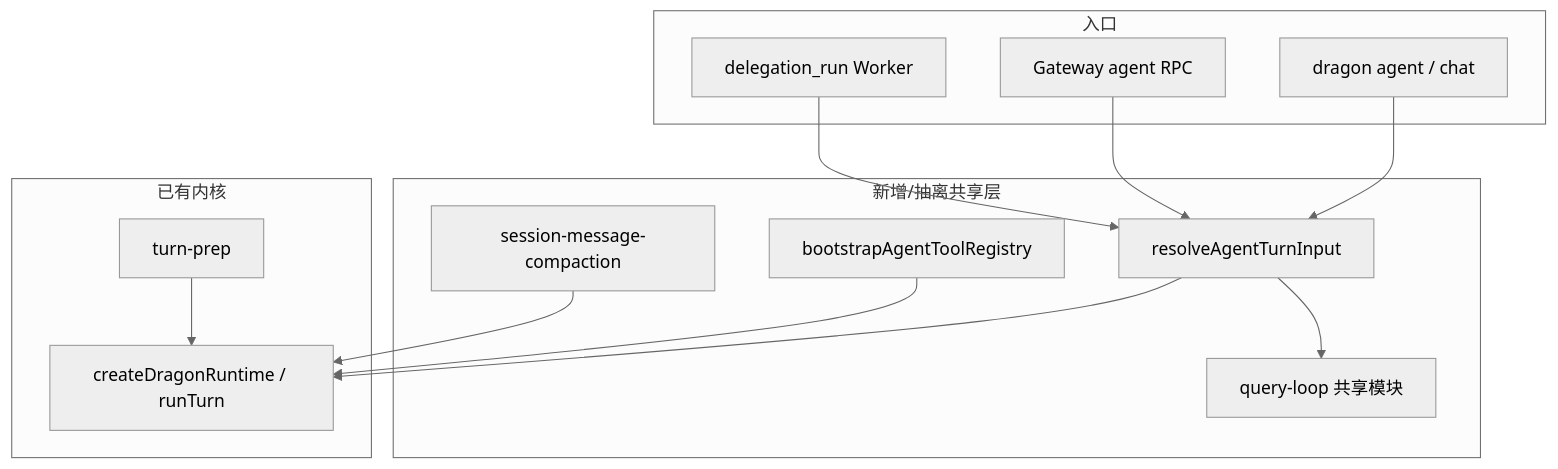
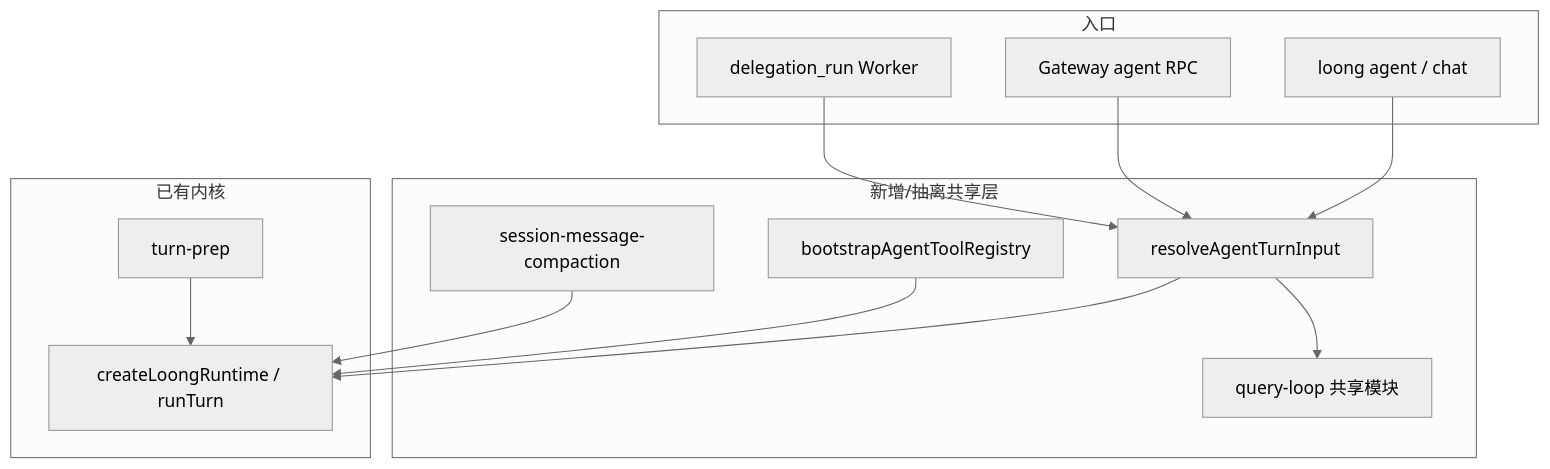
One commit to ZhiLiaoTech/Loong-Agent changed the diagram in docs/GAP_CLOSURE_PLAN.md. Above: the diagram before and after it, drawn with Mermaid (neutral theme). The commit also changed other lines of this file and 722 other files, not shown here.

First line of the commit message:
feat(loong): Studio chat scope, activity panel, and directory picker

````diff
--- a/docs/GAP_CLOSURE_PLAN.md
+++ b/docs/GAP_CLOSURE_PLAN.md
@@ -21,29 +21,29 @@
 ```mermaid
 flowchart TB
   subgraph surfaces [入口]
-    CLI[dragon agent / chat]
+    CLI[loong agent / chat]
     GW[Gateway agent RPC]
     DEL[delegation_run Worker]
   end
 
   subgraph shared [新增/抽离共享层]
     RES[resolveAgentTurnInput]
     QL[query-loop 共享模块]
     BOOT[bootstrapAgentToolRegistry]
     CTX[session-message-compaction]
   end
 
   subgraph core [已有内核]
-    RT[createDragonRuntime / runTurn]
+    RT[createLoongRuntime / runTurn]
     TP[turn-prep]
   end
 
   CLI --> RES
   GW --> RES
   DEL --> RES
   RES --> QL
   RES --> RT
   BOOT --> RT
   CTX --> RT
   TP --> RT
 ```
````
